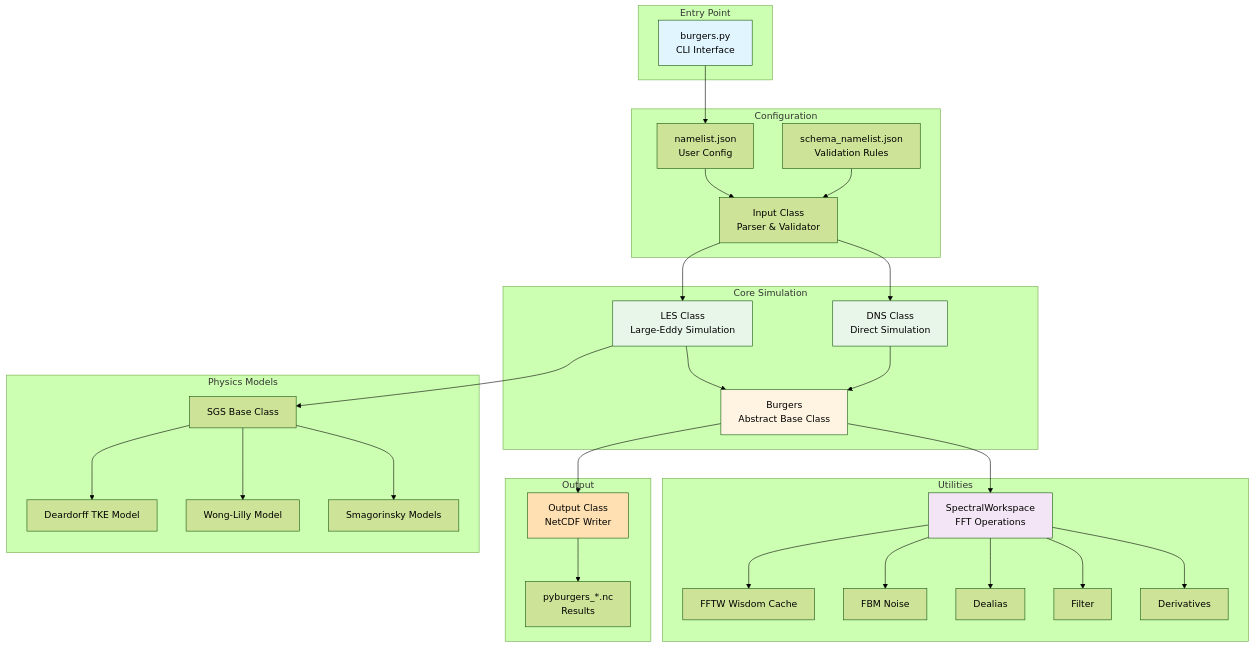
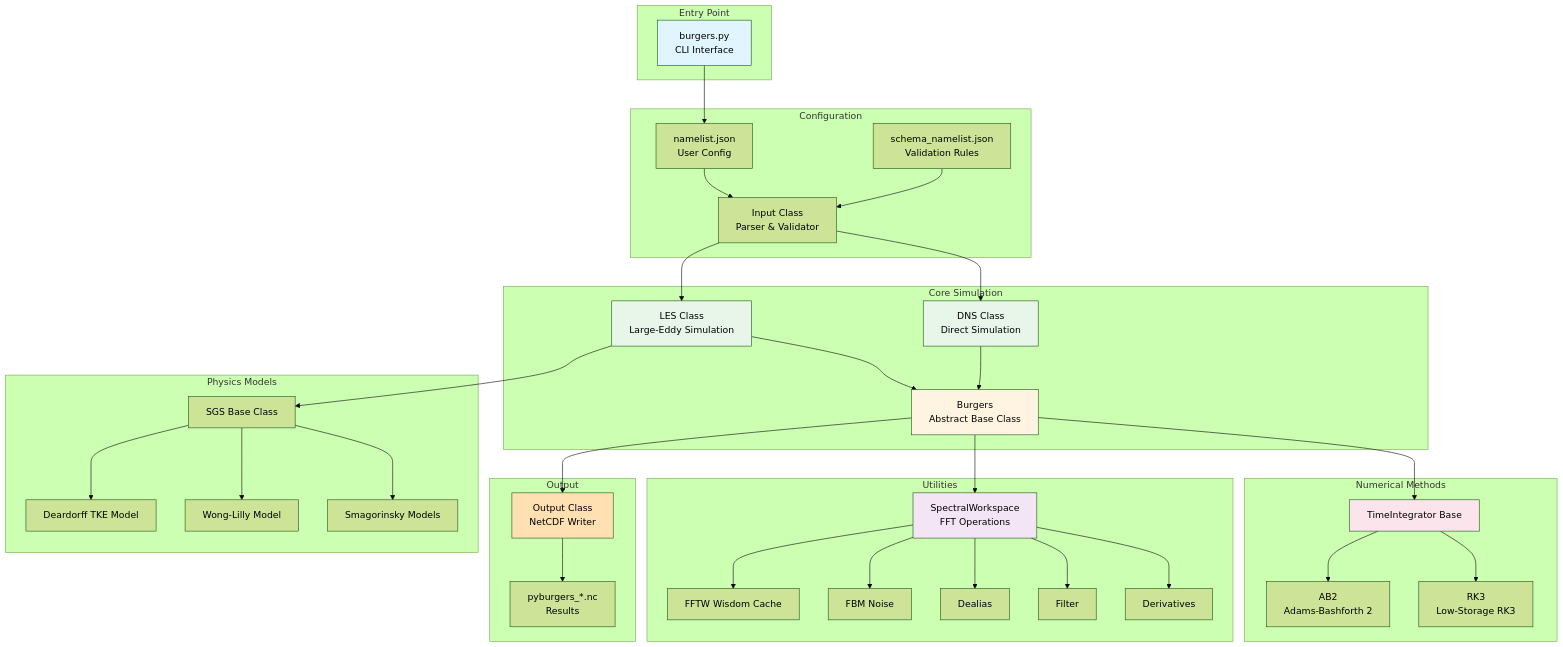
The first of 7 diagrams in docs/architecture.md (jeremygibbs/pyburgers), drawn with Mermaid (forest theme) before and after one commit. The commit also changed other lines of this file and 11 other files, not shown here.

````diff
--- a/docs/architecture.md
+++ b/docs/architecture.md
@@ -7,66 +7,76 @@
 ```mermaid
 flowchart TB
     subgraph entry[Entry Point]
         CLI[burgers.py<br/>CLI Interface]
     end
 
     subgraph config[Configuration]
         NL[namelist.json<br/>User Config]
         Schema[schema_namelist.json<br/>Validation Rules]
         Input[Input Class<br/>Parser & Validator]
     end
 
     subgraph core[Core Simulation]
         Base[Burgers<br/>Abstract Base Class]
         DNS[DNS Class<br/>Direct Simulation]
         LES[LES Class<br/>Large-Eddy Simulation]
+    end
+
+    subgraph numerics[Numerical Methods]
+        TI[TimeIntegrator Base]
+        RK3[RK3<br/>Low-Storage RK3]
+        AB2[AB2<br/>Adams-Bashforth 2]
     end
 
     subgraph physics[Physics Models]
         SGS[SGS Base Class]
         Smag[Smagorinsky Models]
         Wong[Wong-Lilly Model]
         Dear[Deardorff TKE Model]
     end
 
     subgraph utils[Utilities]
         Spectral[SpectralWorkspace<br/>FFT Operations]
         Deriv[Derivatives]
         Filter[Filter]
         Dealias[Dealias]
         FBM[FBM Noise]
         FFTW[FFTW Wisdom Cache]
     end
 
     subgraph output[Output]
         Output[Output Class<br/>NetCDF Writer]
         NC[pyburgers_*.nc<br/>Results]
     end
 
     CLI --> NL
     NL --> Input
     Schema --> Input
     Input --> DNS
     Input --> LES
     DNS --> Base
     LES --> Base
     LES --> SGS
+    Base --> TI
+    TI --> RK3
+    TI --> AB2
     SGS --> Smag
     SGS --> Wong
     SGS --> Dear
     Base --> Spectral
     Spectral --> Deriv
     Spectral --> Filter
     Spectral --> Dealias
     Spectral --> FBM
     Spectral --> FFTW
     Base --> Output
     Output --> NC
 
     style CLI fill:#e1f5ff
     style Base fill:#fff4e1
     style DNS fill:#e8f5e9
     style LES fill:#e8f5e9
     style Spectral fill:#f3e5f5
+    style TI fill:#fce4ec
     style Output fill:#ffe0b2
 ```
````
